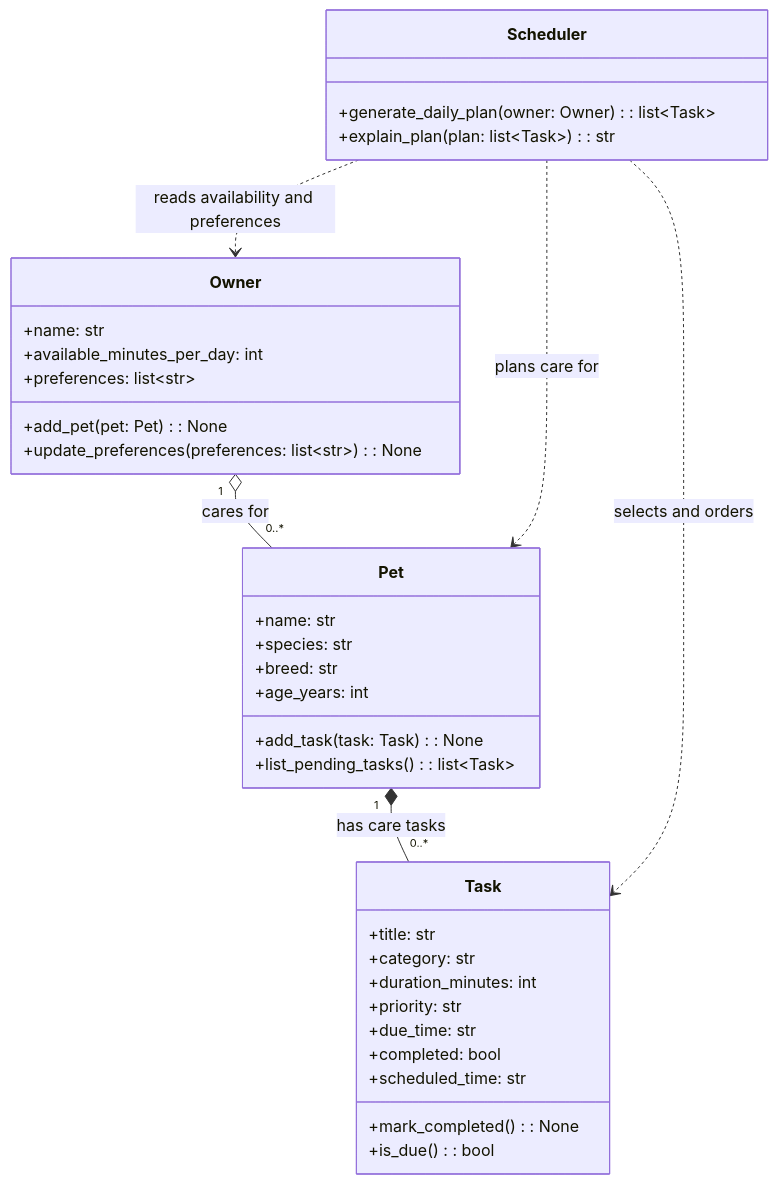
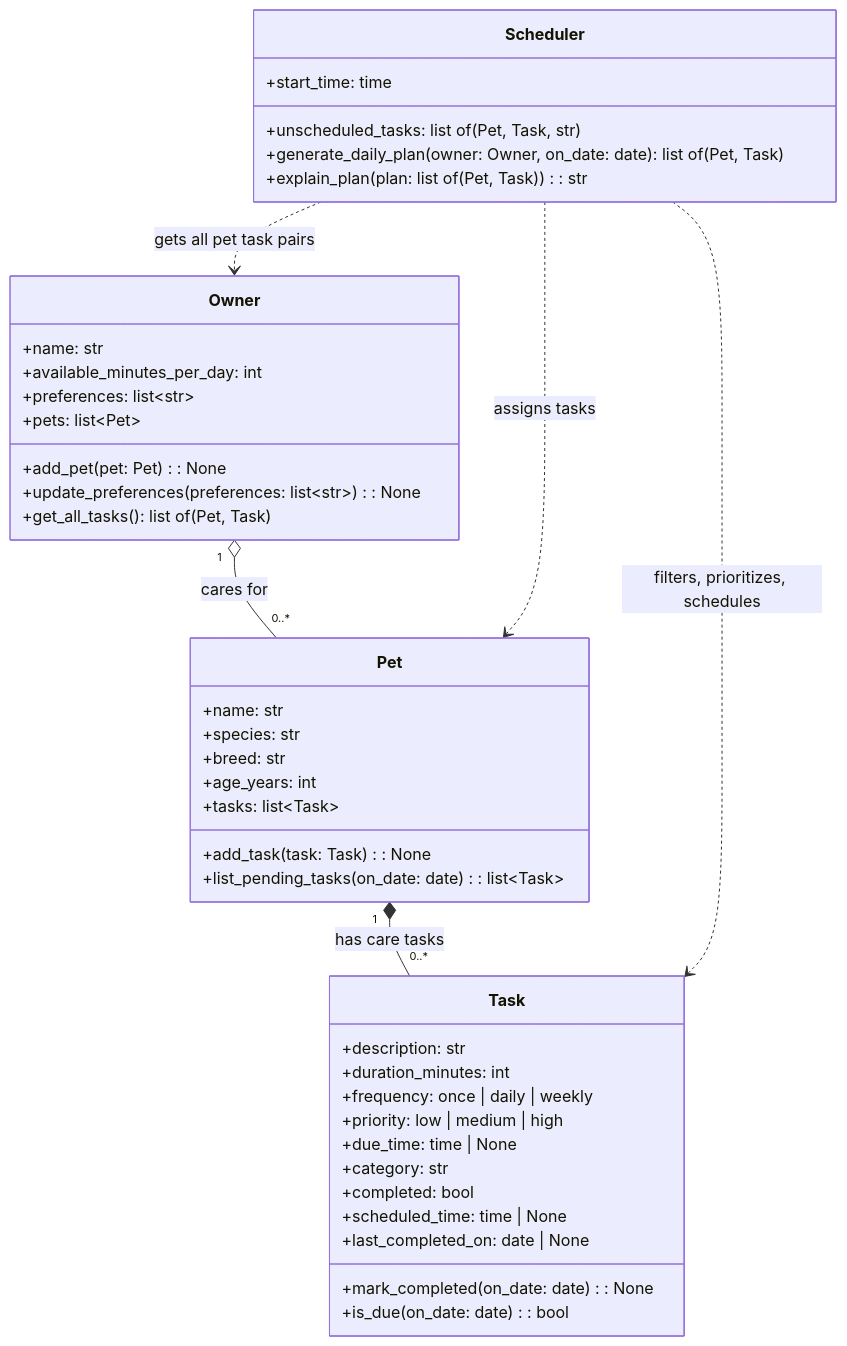
The diagram in diagrams/uml.mmd (jdavilag1/ai110-module2show-pawpal-starter), drawn with Mermaid before and after one commit. The commit also changed 6 other files, not shown here.

```diff
--- a/diagrams/uml.mmd
+++ b/diagrams/uml.mmd
@@ -1,40 +1,47 @@
 classDiagram
     class Owner {
         +name: str
         +available_minutes_per_day: int
         +preferences: list~str~
+        +pets: list~Pet~
         +add_pet(pet: Pet): None
         +update_preferences(preferences: list~str~): None
+        +get_all_tasks(): list of (Pet, Task)
     }
 
     class Pet {
         +name: str
         +species: str
         +breed: str
         +age_years: int
+        +tasks: list~Task~
         +add_task(task: Task): None
-        +list_pending_tasks(): list~Task~
+        +list_pending_tasks(on_date: date): list~Task~
     }
 
     class Task {
-        +title: str
+        +description: str
+        +duration_minutes: int
+        +frequency: once | daily | weekly
+        +priority: low | medium | high
+        +due_time: time | None
         +category: str
-        +duration_minutes: int
-        +priority: str
-        +due_time: str
         +completed: bool
-        +scheduled_time: str
-        +mark_completed(): None
-        +is_due(): bool
+        +scheduled_time: time | None
+        +last_completed_on: date | None
+        +mark_completed(on_date: date): None
+        +is_due(on_date: date): bool
     }
 
     class Scheduler {
-        +generate_daily_plan(owner: Owner): list~Task~
-        +explain_plan(plan: list~Task~): str
+        +start_time: time
+        +unscheduled_tasks: list of (Pet, Task, str)
+        +generate_daily_plan(owner: Owner, on_date: date): list of (Pet, Task)
+        +explain_plan(plan: list of (Pet, Task)): str
     }
 
     Owner "1" o-- "0..*" Pet : cares for
     Pet "1" *-- "0..*" Task : has care tasks
-    Scheduler ..> Owner : reads availability and preferences
-    Scheduler ..> Pet : plans care for
-    Scheduler ..> Task : selects and orders
+    Scheduler ..> Owner : gets all pet task pairs
+    Scheduler ..> Pet : assigns tasks
+    Scheduler ..> Task : filters, prioritizes, schedules
```
